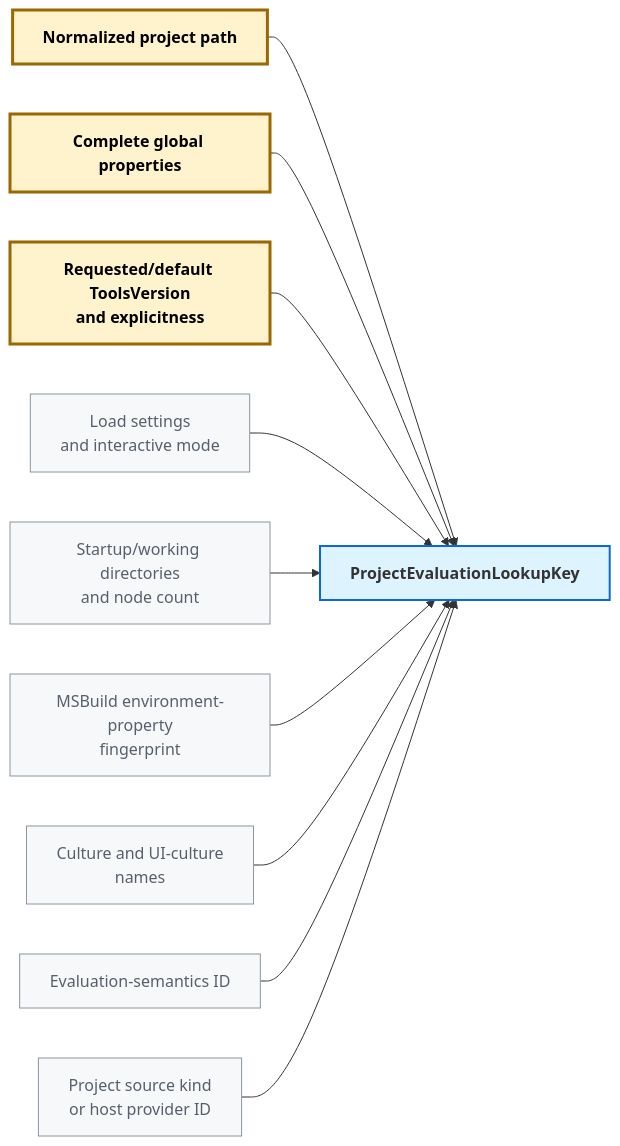
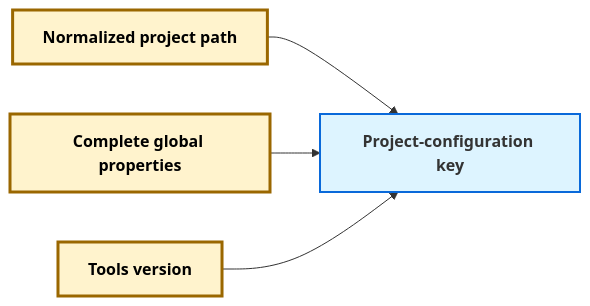
The first of 2 diagrams in evaluation_cahce_inputs.md (OvesN/docs), drawn with Mermaid before and after one commit. The commit also changed other lines of this file, not shown here.

First line of the commit message:
Separate evaluation lookup identity from reuse requirements

````diff
--- a/evaluation_cahce_inputs.md
+++ b/evaluation_cahce_inputs.md
@@ -47,32 +47,18 @@
 ```mermaid
 flowchart LR
     Project["<b>Normalized project path</b>"]
     Globals["<b>Complete global properties</b>"]
-    Tools["<b>Requested/default ToolsVersion<br/>and explicitness</b>"]
-    Settings["Load settings<br/>and interactive mode"]
-    BuiltIns["Startup/working directories<br/>and node count"]
-    Environment["MSBuild environment-property<br/>fingerprint"]
-    Culture["Culture and UI-culture<br/>names"]
-    Semantics["Evaluation-semantics ID"]
-    Provider["Project source kind<br/>or host provider ID"]
+    Tools["<b>Tools version</b>"]
 
-    Key["ProjectEvaluationLookupKey"]
+    Key["Project-configuration key"]
 
     Project --> Key
     Globals --> Key
     Tools --> Key
-    Settings --> Key
-    BuiltIns --> Key
-    Environment --> Key
-    Culture --> Key
-    Semantics --> Key
-    Provider --> Key
 
     classDef core fill:#fff3cd,stroke:#9a6700,stroke-width:3px,color:#000000,font-weight:bold
-    classDef advanced fill:#f6f8fa,stroke:#8c959f,color:#57606a
     classDef key fill:#ddf4ff,stroke:#0969da,stroke-width:2px,font-weight:bold
 
     class Project,Globals,Tools core
-    class Settings,BuiltIns,Environment,Culture,Semantics,Provider advanced
     class Key key
 ```
````
